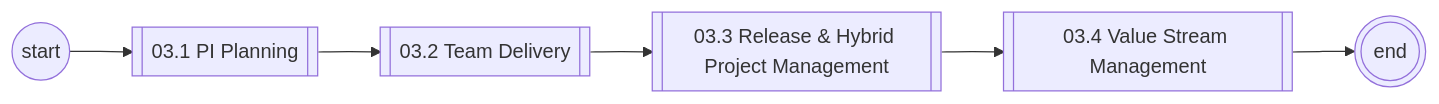
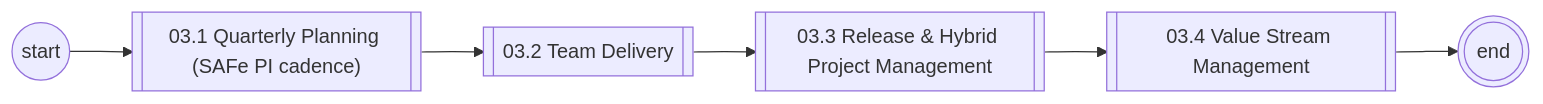
One commit to corbyjames/apptio-process-catalog changed the first of 5 diagrams in diagrams/mermaid/area-03.md. Above: the diagram before and after it, drawn with Mermaid. The commit also changed other lines of this file and 8 other files, not shown here.

````diff
--- a/diagrams/mermaid/area-03.md
+++ b/diagrams/mermaid/area-03.md
@@ -7,13 +7,13 @@
 ```mermaid
 flowchart LR
   S((start))
-  N03_1[["03.1 PI Planning"]]
+  N03_1[["03.1 Quarterly Planning (SAFe PI cadence)"]]
   S --> N03_1
   N03_2[["03.2 Team Delivery"]]
   N03_1 --> N03_2
   N03_3[["03.3 Release & Hybrid Project Management"]]
   N03_2 --> N03_3
   N03_4[["03.4 Value Stream Management"]]
   N03_3 --> N03_4
   N03_4 --> E(((end)))
 ```
````
